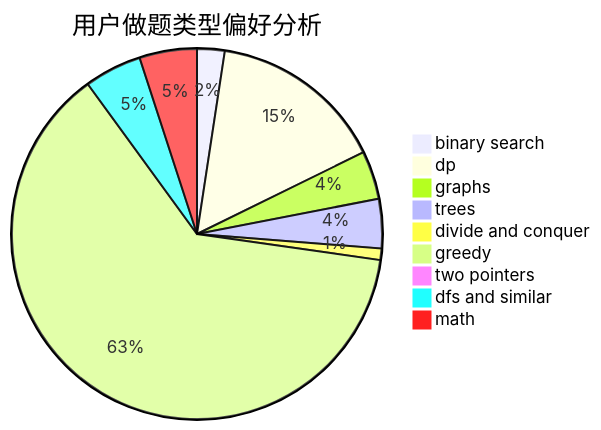
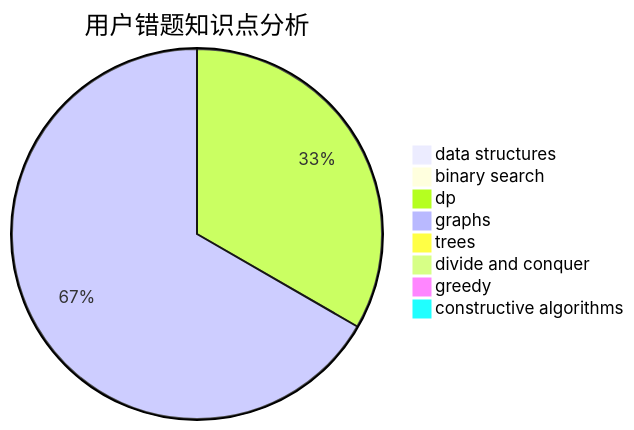
Before and after one commit to sherpahu/cfrs.github.io: the third of 3 diagrams in docs/user/u1610.md, drawn with Mermaid. The commit also changed other lines of this file and 2775 other files, not shown here.

````diff
--- a/docs/user/u1610.md
+++ b/docs/user/u1610.md
@@ -23,12 +36,11 @@
 ```mermaid
-pie title 用户做题类型偏好分析
-    "binary search" :  24
-    "dp" :  153
-    "graphs" :  42
-    "trees" :  43
-    "divide and conquer" :  10
-    "greedy" :  626
-    "two pointers" :  0
-    "dfs and similar" :  50
-    "math" :  50
+pie title 用户错题知识点分析
+    "data structures" :  0
+    "binary search" :  0
+    "dp" :  5
+    "graphs" :  10
+    "trees" :  0
+    "divide and conquer" :  0
+    "greedy" :  0
+    "constructive algorithms" :  0
 ```
````
